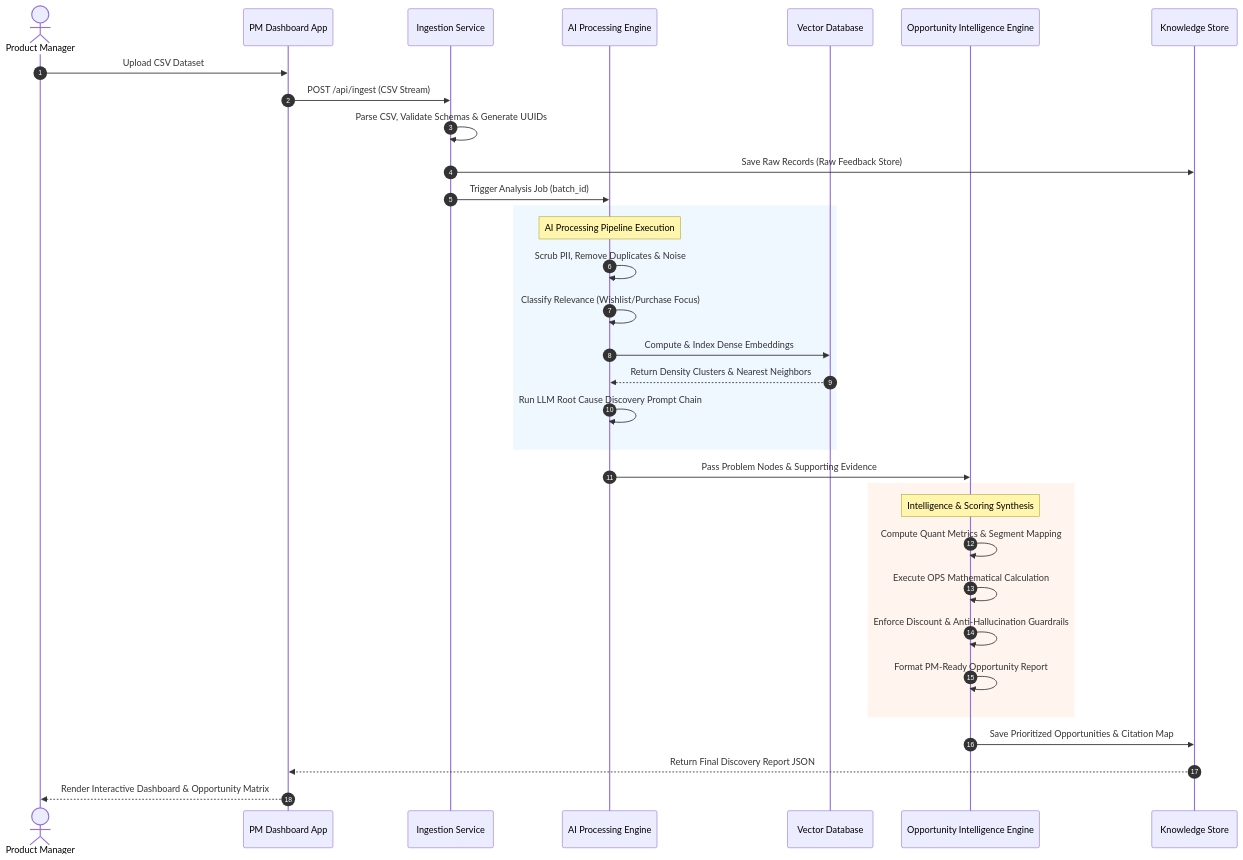
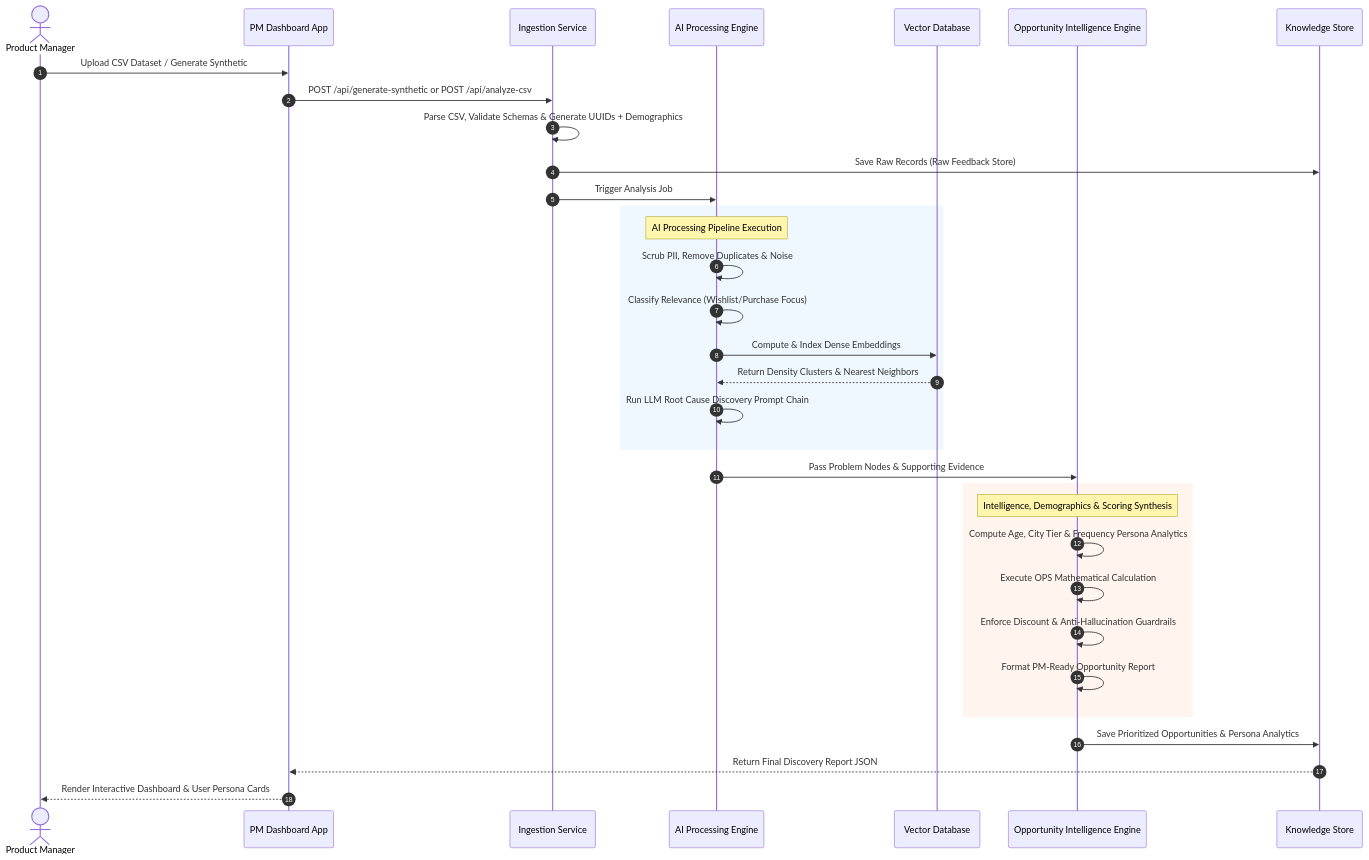
One commit to Teja-Nimushakavi/AI-Powered-Discovery-Engine changed the fourth of 7 diagrams in architecture.md. Above: the diagram before and after it, drawn with Mermaid. The commit also changed other lines of this file and 20 other files, not shown here.

````diff
--- a/architecture.md
+++ b/architecture.md
@@ -183,40 +229,40 @@
 ```mermaid
 sequenceDiagram
     autonumber
     actor PM as Product Manager
     participant UI as PM Dashboard App
     participant Layer1 as Ingestion Service
     participant Layer2 as AI Processing Engine
     participant VectorDB as Vector Database
     participant Layer3 as Opportunity Intelligence Engine
     participant DB as Knowledge Store
 
-    PM->>UI: Upload CSV Dataset
-    UI->>Layer1: POST /api/ingest (CSV Stream)
-    Layer1->>Layer1: Parse CSV, Validate Schemas & Generate UUIDs
+    PM->>UI: Upload CSV Dataset / Generate Synthetic
+    UI->>Layer1: POST /api/generate-synthetic or POST /api/analyze-csv
+    Layer1->>Layer1: Parse CSV, Validate Schemas & Generate UUIDs + Demographics
     Layer1->>DB: Save Raw Records (Raw Feedback Store)
-    Layer1->>Layer2: Trigger Analysis Job (batch_id)
+    Layer1->>Layer2: Trigger Analysis Job
     
     rect rgb(240, 248, 255)
         note over Layer2: AI Processing Pipeline Execution
         Layer2->>Layer2: Scrub PII, Remove Duplicates & Noise
         Layer2->>Layer2: Classify Relevance (Wishlist/Purchase Focus)
         Layer2->>VectorDB: Compute & Index Dense Embeddings
         VectorDB-->>Layer2: Return Density Clusters & Nearest Neighbors
         Layer2->>Layer2: Run LLM Root Cause Discovery Prompt Chain
     end
 
     Layer2->>Layer3: Pass Problem Nodes & Supporting Evidence
     
     rect rgb(255, 245, 238)
-        note over Layer3: Intelligence & Scoring Synthesis
-        Layer3->>Layer3: Compute Quant Metrics & Segment Mapping
+        note over Layer3: Intelligence, Demographics & Scoring Synthesis
+        Layer3->>Layer3: Compute Age, City Tier & Frequency Persona Analytics
         Layer3->>Layer3: Execute OPS Mathematical Calculation
         Layer3->>Layer3: Enforce Discount & Anti-Hallucination Guardrails
         Layer3->>Layer3: Format PM-Ready Opportunity Report
     end
 
-    Layer3->>DB: Save Prioritized Opportunities & Citation Map
+    Layer3->>DB: Save Prioritized Opportunities & Persona Analytics
     DB-->>UI: Return Final Discovery Report JSON
-    UI-->>PM: Render Interactive Dashboard & Opportunity Matrix
+    UI-->>PM: Render Interactive Dashboard & User Persona Cards
 ```
````
